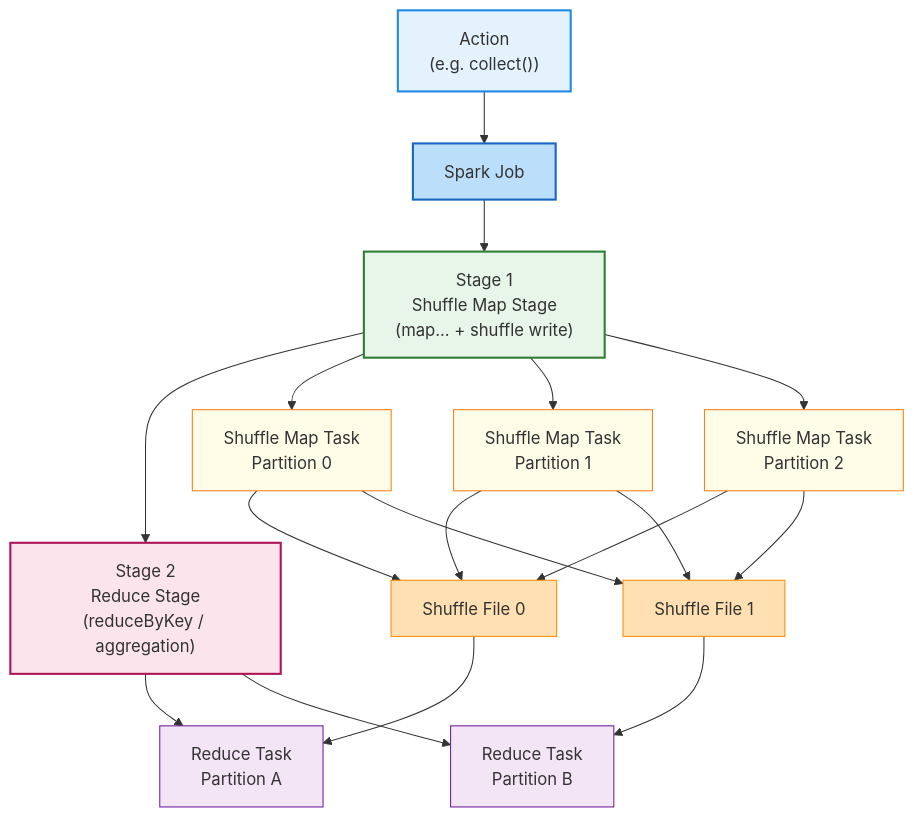
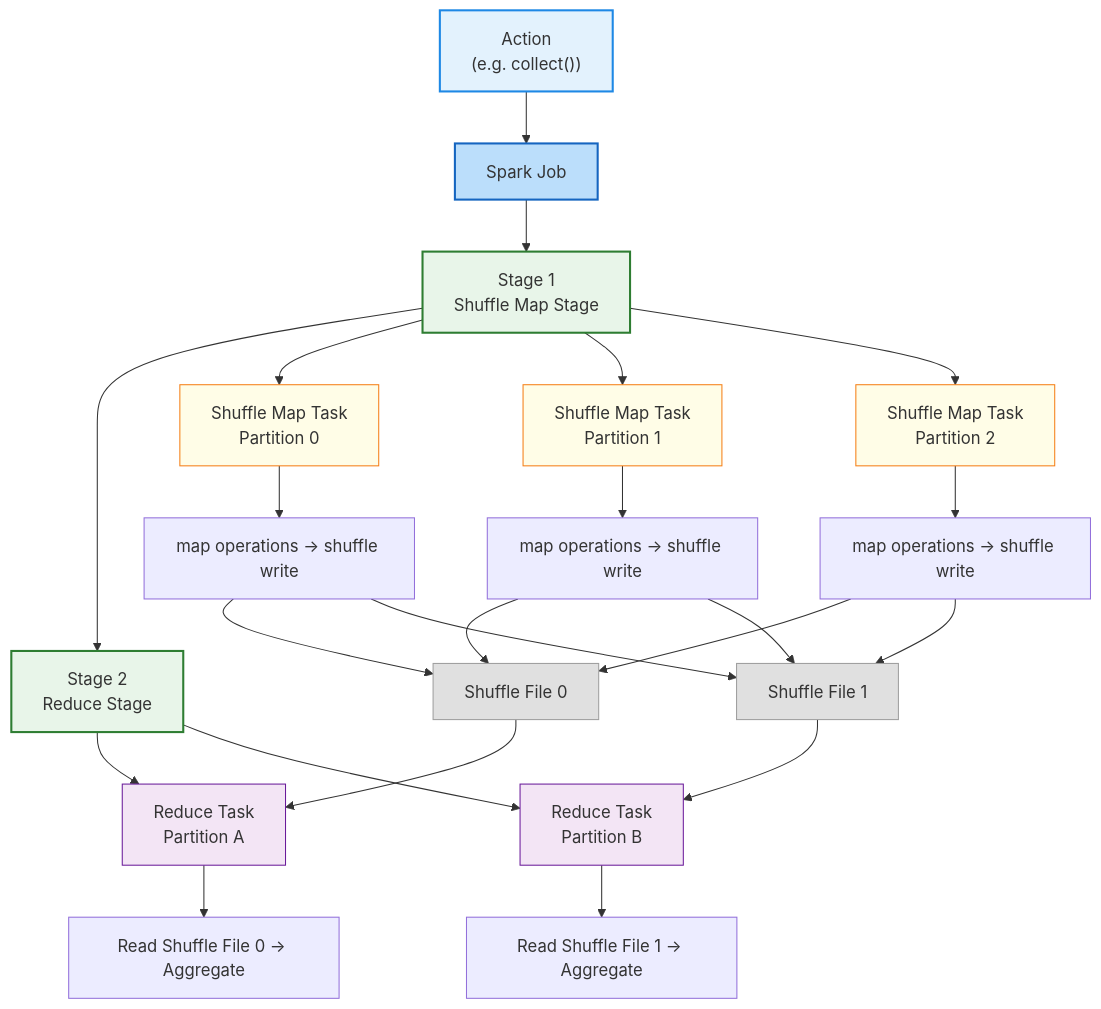
The second of 9 diagrams in README.md (blaire101/Spark-Journey-2025), drawn with Mermaid before and after one commit.

````diff
--- a/README.md
+++ b/README.md
@@ -73,40 +73,58 @@
 ```mermaid
 flowchart TD
+    %% Action & Job
     A["Action<br>(e.g. collect())"]
     A --> Job["Spark Job"]
 
-    Job --> Stage1["Stage 1<br>Shuffle Map Stage<br>(map... + shuffle write)"]
-    Stage1 --> Stage2["Stage 2<br>Reduce Stage<br>(reduceByKey / aggregation)"]
+    %% Stages
+    Job --> Stage1["Stage 1<br>Shuffle Map Stage"]
+    Stage1 --> Stage2["Stage 2<br>Reduce Stage"]
 
-    %% Stage1 Tasks (3 partitions)
+    %% Stage1 Tasks (3 input partitions)
     Stage1 --> T1["Shuffle Map Task<br>Partition 0"]
     Stage1 --> T2["Shuffle Map Task<br>Partition 1"]
     Stage1 --> T3["Shuffle Map Task<br>Partition 2"]
 
-    %% Stage1 输出 shuffle 文件 (2 files)
-    T1 --> SF0["Shuffle File 0"]
-    T1 --> SF1["Shuffle File 1"]
-    T2 --> SF0
-    T2 --> SF1
-    T3 --> SF0
-    T3 --> SF1
+    %% Task 内部 pipeline (map + shuffle write, 作为 Task 内部说明)
+    T1 --> M1["map operations → shuffle write"]
+    T2 --> M2["map operations → shuffle write"]
+    T3 --> M3["map operations → shuffle write"]
+
+    %% Shuffle 文件 (改为浅灰色)
+    M1 --> SF0["Shuffle File 0"]
+    M1 --> SF1["Shuffle File 1"]
+    M2 --> SF0
+    M2 --> SF1
+    M3 --> SF0
+    M3 --> SF1
 
     %% Stage2 Reduce Tasks
     SF0 --> T4["Reduce Task<br>Partition A"]
     SF1 --> T5["Reduce Task<br>Partition B"]
 
+    %% Reduce task pipeline (说明节点，无色)
+    T4 --> R1["Read Shuffle File 0 → Aggregate"]
+    T5 --> R2["Read Shuffle File 1 → Aggregate"]
+
     Stage2 --> T4
     Stage2 --> T5
 
-    style A fill:#e3f2fd,stroke:#1e88e5,stroke-width:2px
-    style Job fill:#bbdefb,stroke:#1565c0,stroke-width:2px
+    %% Stage颜色
     style Stage1 fill:#e8f5e9,stroke:#2e7d32,stroke-width:2px
-    style Stage2 fill:#fce4ec,stroke:#ad1457,stroke-width:2px
+    style Stage2 fill:#e8f5e9,stroke:#2e7d32,stroke-width:2px
+
+    %% Task颜色
     style T1 fill:#fffde7,stroke:#f57f17
     style T2 fill:#fffde7,stroke:#f57f17
     style T3 fill:#fffde7,stroke:#f57f17
-    style SF0 fill:#ffe0b2,stroke:#fb8c00
-    style SF1 fill:#ffe0b2,stroke:#fb8c00
     style T4 fill:#f3e5f5,stroke:#6a1b9a
     style T5 fill:#f3e5f5,stroke:#6a1b9a
+
+    %% Shuffle 文件颜色 (浅灰色)
+    style SF0 fill:#e0e0e0,stroke:#9e9e9e
+    style SF1 fill:#e0e0e0,stroke:#9e9e9e
+
+    %% Action & Job 颜色
+    style A fill:#e3f2fd,stroke:#1e88e5,stroke-width:2px
+    style Job fill:#bbdefb,stroke:#1565c0,stroke-width:2px
 ```
````
